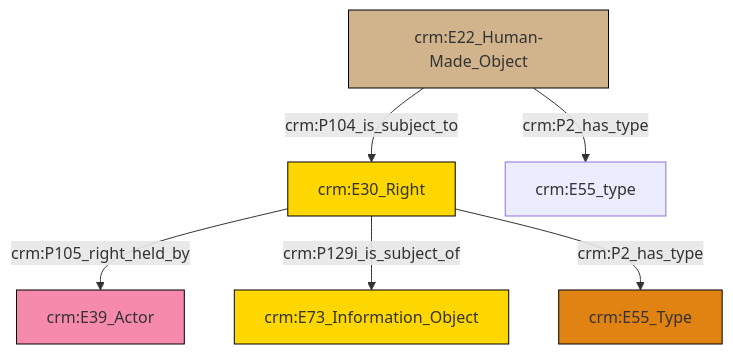
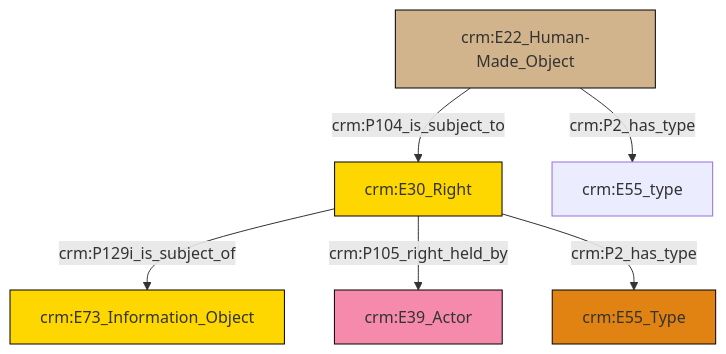
One commit to swiss-art-research-net/reference-data-models changed the diagram in et/builtWorkCSV/ttl/mmd/Built_Work_rights.ttl.mmd. Above: the diagram before and after it, drawn with Mermaid. The commit also changed 127 other files, not shown here.

```diff
--- a/et/builtWorkCSV/ttl/mmd/Built_Work_rights.ttl.mmd
+++ b/et/builtWorkCSV/ttl/mmd/Built_Work_rights.ttl.mmd
@@ -1,20 +1,20 @@
 graph TD
 classDef Literal fill:#f2f2f2,stroke:#000000;
 classDef CRM_Entity fill:#FFFFFF,stroke:#000000;
 classDef Temporal_Entity fill:#00C9E6, stroke:#000000;
 classDef Type fill:#E18312, stroke:#000000;
 classDef Time-Span fill:#2C9C91, stroke:#000000;
 classDef Appellation fill:#FFEB7F, stroke:#000000;
 classDef Place fill:#008836, stroke:#000000;
 classDef Persistent_Item fill:#B266B2, stroke:#000000;
 classDef Conceptual_Object fill:#FFD700, stroke:#000000;
 classDef Physical_Thing fill:#D2B48C, stroke:#000000;
 classDef Actor fill:#f58aad, stroke:#000000;
 classDef PC_Classes fill:#4ce600, stroke:#000000;
 classDef Multi fill:#cccccc,stroke:#000000;
 
-2["crm:E30_Right"]:::Conceptual_Object -->|crm:P105_right_held_by| 3["crm:E39_Actor"]:::Actor
-2["crm:E30_Right"]:::Conceptual_Object -->|crm:P129i_is_subject_of| 5["crm:E73_Information_Object"]:::Conceptual_Object
-2["crm:E30_Right"]:::Conceptual_Object -->|crm:P2_has_type| 6["crm:E55_Type"]:::Type
-0["crm:E22_Human-Made_Object"]:::Physical_Thing -->|crm:P104_is_subject_to| 2["crm:E30_Right"]:::Conceptual_Object
-0["crm:E22_Human-Made_Object"]:::Physical_Thing -->|crm:P2_has_type| 7["crm:E55_type"]:::Default
+0["crm:E30_Right"]:::Conceptual_Object -->|crm:P129i_is_subject_of| 1["crm:E73_Information_Object"]:::Conceptual_Object
+0["crm:E30_Right"]:::Conceptual_Object -->|crm:P105_right_held_by| 10["crm:E39_Actor"]:::Actor
+0["crm:E30_Right"]:::Conceptual_Object -->|crm:P2_has_type| 6["crm:E55_Type"]:::Type
+2["crm:E22_Human-Made_Object"]:::Physical_Thing -->|crm:P104_is_subject_to| 0["crm:E30_Right"]:::Conceptual_Object
+2["crm:E22_Human-Made_Object"]:::Physical_Thing -->|crm:P2_has_type| 4["crm:E55_type"]:::Default
```
